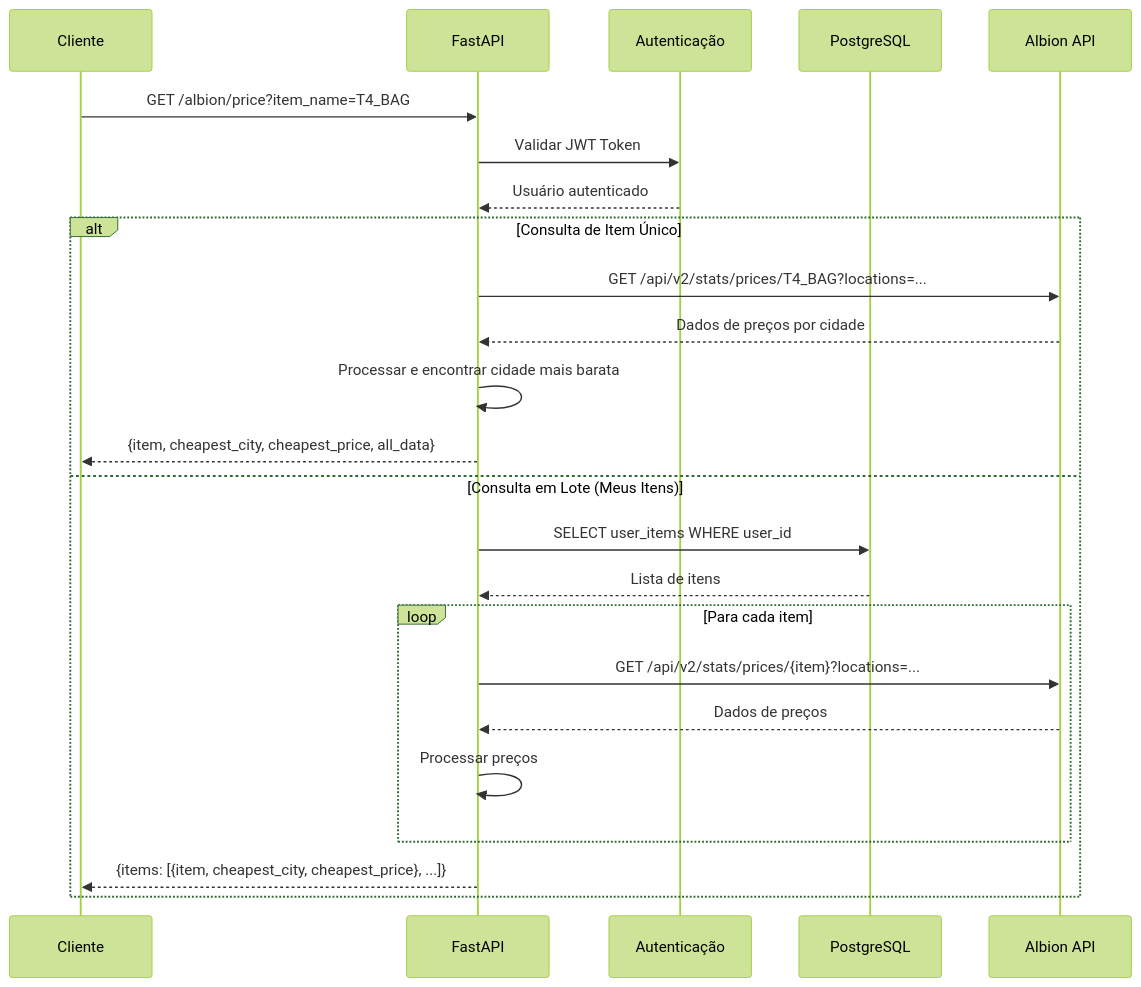
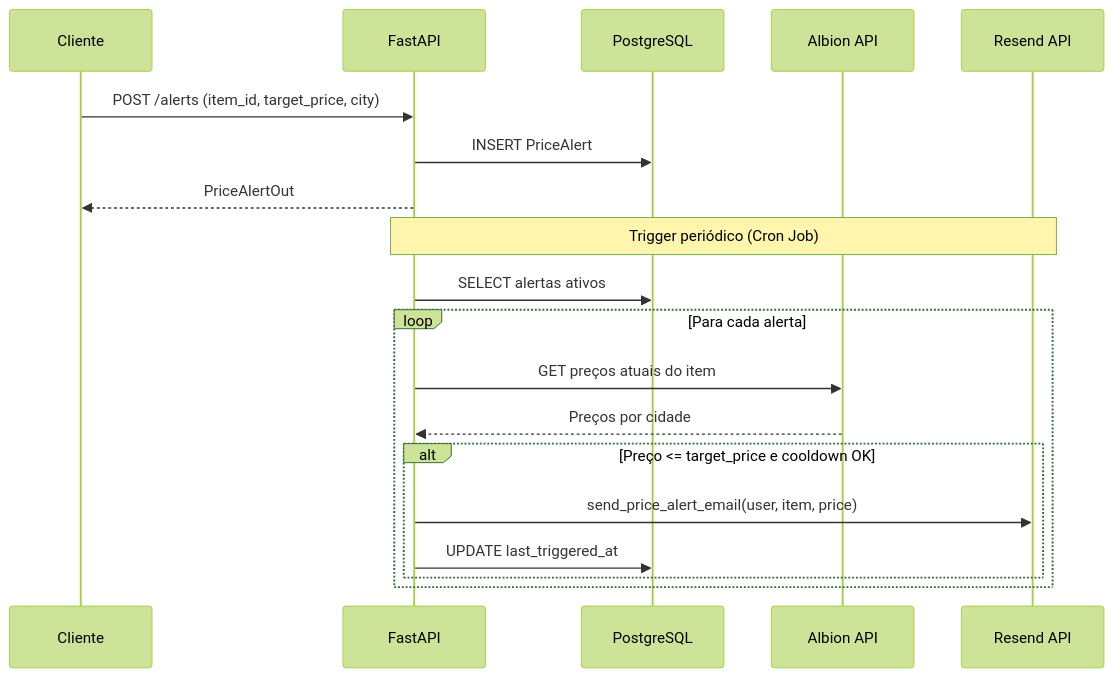
One commit to samuca2k18/Market_Albion_Online changed the third of 5 diagrams in README.md. Above: the diagram before and after it, drawn with Mermaid (forest theme). The commit also changed other lines of this file, not shown here.

````diff
--- a/README.md
+++ b/README.md
@@ -179,28 +237,23 @@
 ```mermaid
 sequenceDiagram
     participant C as Cliente
     participant API as FastAPI
-    participant Auth as Autenticação
     participant DB as PostgreSQL
     participant Albion as Albion API
-    
-    C->>API: GET /albion/price?item_name=T4_BAG
-    API->>Auth: Validar JWT Token
-    Auth-->>API: Usuário autenticado
-    
-    alt Consulta de Item Único
-        API->>Albion: GET /api/v2/stats/prices/T4_BAG?locations=...
-        Albion-->>API: Dados de preços por cidade
-        API->>API: Processar e encontrar cidade mais barata
-        API-->>C: {item, cheapest_city, cheapest_price, all_data}
-    else Consulta em Lote (Meus Itens)
-        API->>DB: SELECT user_items WHERE user_id
-        DB-->>API: Lista de itens
-        loop Para cada item
-            API->>Albion: GET /api/v2/stats/prices/{item}?locations=...
-            Albion-->>API: Dados de preços
-            API->>API: Processar preços
+    participant Email as Resend API
+
+    C->>API: POST /alerts (item_id, target_price, city)
+    API->>DB: INSERT PriceAlert
+    API-->>C: PriceAlertOut
+
+    Note over API,Email: Trigger periódico (Cron Job)
+    API->>DB: SELECT alertas ativos
+    loop Para cada alerta
+        API->>Albion: GET preços atuais do item
+        Albion-->>API: Preços por cidade
+        alt Preço <= target_price e cooldown OK
+            API->>Email: send_price_alert_email(user, item, price)
+            API->>DB: UPDATE last_triggered_at
         end
-        API-->>C: {items: [{item, cheapest_city, cheapest_price}, ...]}
     end
 ```
````
